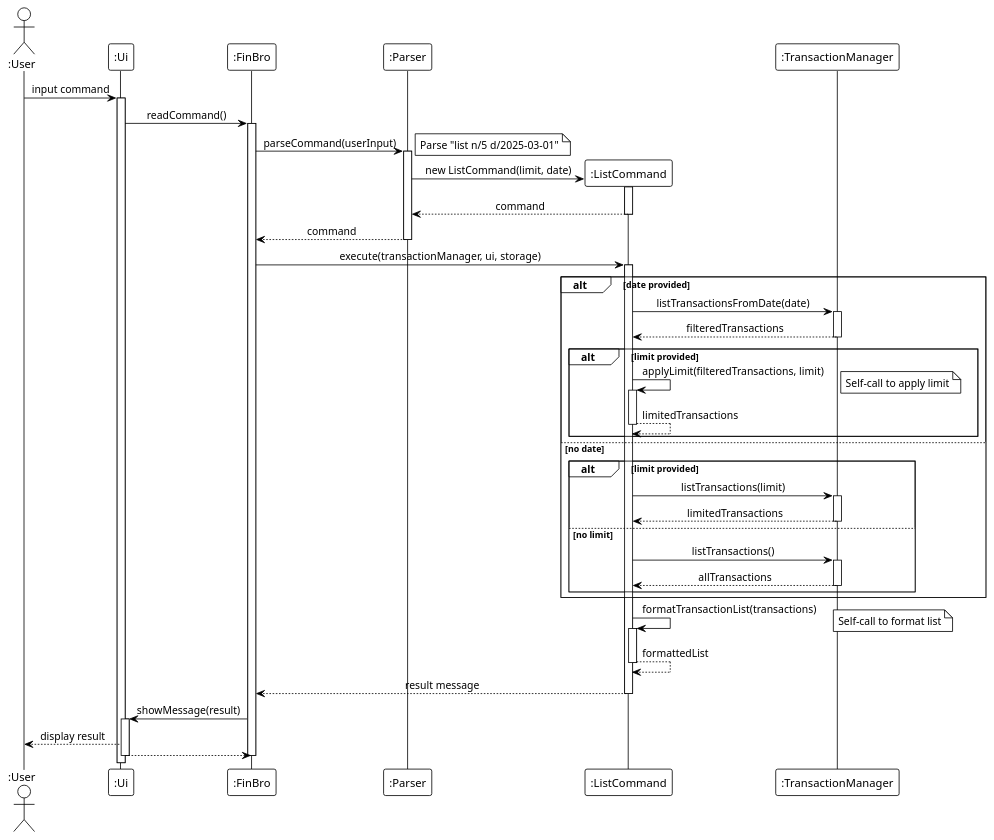
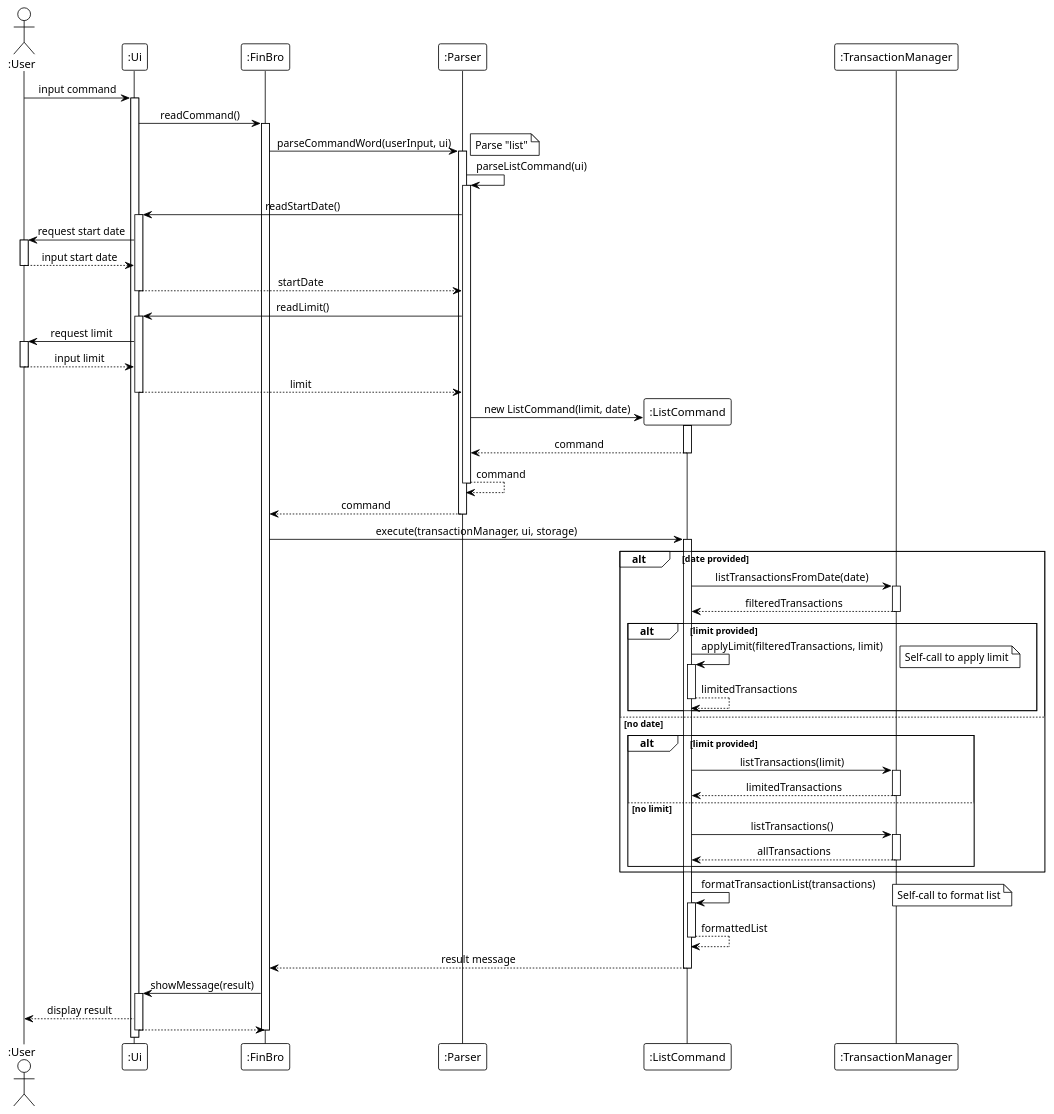
The diagram in docs/diagrams/puml/sequence/sequence-list.puml (laitcanard05/tp), drawn with PlantUML before and after one commit. The commit also changed 13 other files, not shown here.

Commit message:
Update sequence diagrams to reflect friendly CLI

```diff
--- a/docs/diagrams/puml/sequence/sequence-list.puml
+++ b/docs/diagrams/puml/sequence/sequence-list.puml
@@ -1,78 +1,101 @@
 @startuml
 !theme plain
 skinparam sequenceMessageAlign center
 skinparam responseMessageBelowArrow true
 skinparam lifelineStrategy nosolid
 
 actor ":User" as User
 participant ":Ui" as UI
 participant ":FinBro" as FinBro
 participant ":Parser" as Parser
 participant ":ListCommand" as ListCommand
 participant ":TransactionManager" as TransactionMgr
 
 User -> UI : input command
 activate UI
 
 UI -> FinBro : readCommand()
 activate FinBro
 
-FinBro -> Parser : parseCommand(userInput)
+FinBro -> Parser : parseCommandWord(userInput, ui)
 activate Parser
-note right: Parse "list n/5 d/2025-03-01"
+note right: Parse "list"
+
+Parser -> Parser : parseListCommand(ui)
+activate Parser
+
+Parser -> UI : readStartDate()
+activate UI
+UI -> User : request start date
+activate User
+User --> UI : input start date
+deactivate User
+UI --> Parser : startDate
+deactivate UI
+
+Parser -> UI : readLimit()
+activate UI
+UI -> User : request limit
+activate User
+User --> UI : input limit
+deactivate User
+UI --> Parser : limit
+deactivate UI
 
 create ListCommand
 Parser -> ListCommand : new ListCommand(limit, date)
 activate ListCommand
 ListCommand --> Parser : command
 deactivate ListCommand
+Parser --> Parser : command
+deactivate Parser
 Parser --> FinBro : command
 deactivate Parser
 
 FinBro -> ListCommand : execute(transactionManager, ui, storage)
 activate ListCommand
 
 alt date provided
     ListCommand -> TransactionMgr : listTransactionsFromDate(date)
     activate TransactionMgr
     TransactionMgr --> ListCommand : filteredTransactions
     deactivate TransactionMgr
 
     alt limit provided
         ListCommand -> ListCommand : applyLimit(filteredTransactions, limit)
         activate ListCommand
         note right: Self-call to apply limit
         ListCommand --> ListCommand : limitedTransactions
         deactivate ListCommand
     end
 else no date
     alt limit provided
         ListCommand -> TransactionMgr : listTransactions(limit)
         activate TransactionMgr
         TransactionMgr --> ListCommand : limitedTransactions
         deactivate TransactionMgr
     else no limit
         ListCommand -> TransactionMgr : listTransactions()
         activate TransactionMgr
         TransactionMgr --> ListCommand : allTransactions
         deactivate TransactionMgr
     end
 end
 
 ListCommand -> ListCommand : formatTransactionList(transactions)
 activate ListCommand
 note right: Self-call to format list
 ListCommand --> ListCommand : formattedList
 deactivate ListCommand
 
 ListCommand --> FinBro : result message
 deactivate ListCommand
 
 FinBro -> UI : showMessage(result)
 activate UI
 UI --> User : display result
 UI --> FinBro
 deactivate UI
 deactivate FinBro
 
 @enduml
```
